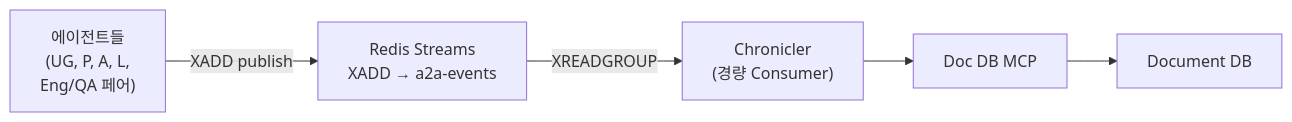
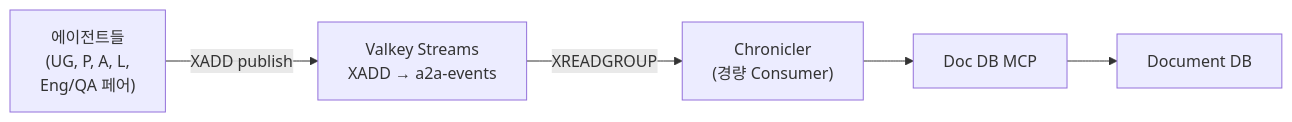
Before and after one commit to vonkernel/dev-team: the sixth of 13 diagrams in docs/proposal.md, drawn with Mermaid. The commit also changed other lines of this file and 2 other files, not shown here.

First line of the commit message:
chore: migrate Redis to Valkey 9 (#12)

````diff
--- a/docs/proposal.md
+++ b/docs/proposal.md
@@ -760,12 +760,12 @@
 ```mermaid
 graph LR
     Agents["에이전트들<br/>(UG, P, A, L,<br/>Eng/QA 페어)"]
-    Stream["Redis Streams<br/>XADD → a2a-events"]
+    Stream["Valkey Streams<br/>XADD → a2a-events"]
     Chronicler["Chronicler<br/>(경량 Consumer)"]
     DocMCP["Doc DB MCP"]
     DocDB["Document DB"]
 
     Agents -->|XADD publish| Stream
     Stream -->|XREADGROUP| Chronicler
     Chronicler --> DocMCP --> DocDB
 ```
````
